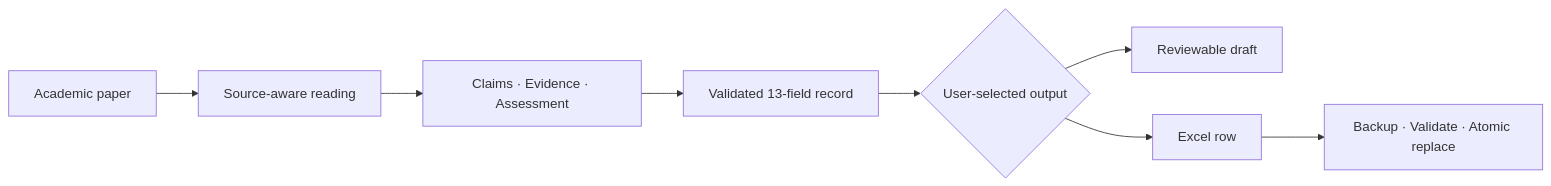
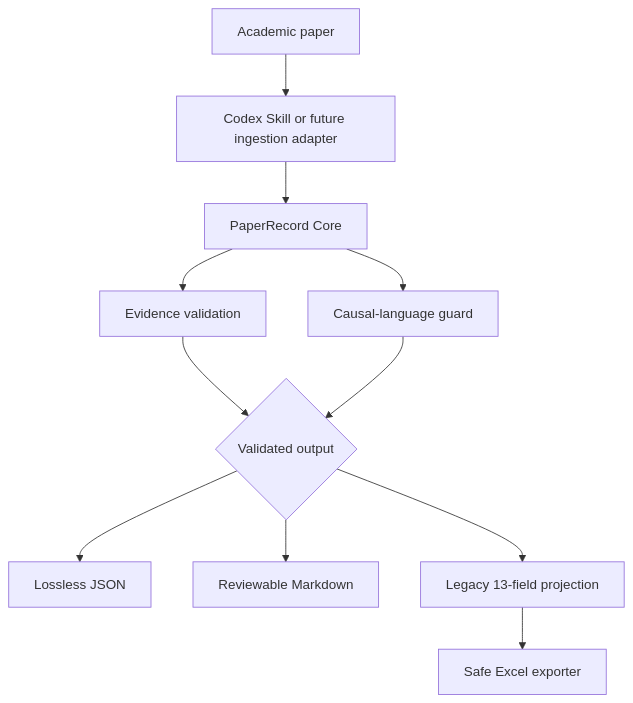
The diagram in README.md (AOROM/paperreading), drawn with Mermaid before and after one commit. The commit also changed other lines of this file and 45 other files, not shown here.

Commit message:
Refactor PaperReading into a research intelligence core

````diff
--- a/README.md
+++ b/README.md
@@ -25,10 +42,13 @@
 ```mermaid
-flowchart LR
-    A["Academic paper"] --> B["Source-aware reading"]
-    B --> C["Claims · Evidence · Assessment"]
-    C --> D["Validated 13-field record"]
-    D --> E{"User-selected output"}
-    E --> F["Reviewable draft"]
-    E --> G["Excel row"]
-    G --> H["Backup · Validate · Atomic replace"]
+flowchart TB
+    P["Academic paper"] --> A["Codex Skill or future ingestion adapter"]
+    A --> R["PaperRecord Core"]
+    R --> E["Evidence validation"]
+    R --> C["Causal-language guard"]
+    E --> O{"Validated output"}
+    C --> O
+    O --> J["Lossless JSON"]
+    O --> M["Reviewable Markdown"]
+    O --> L["Legacy 13-field projection"]
+    L --> X["Safe Excel exporter"]
 ```
````
